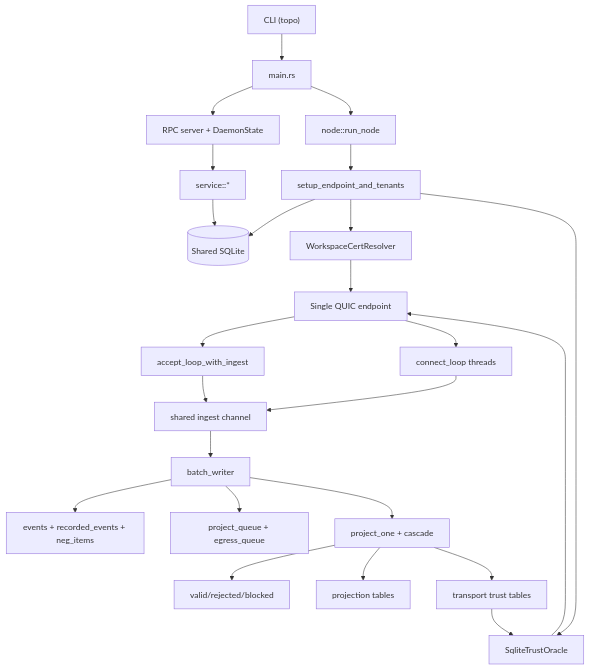
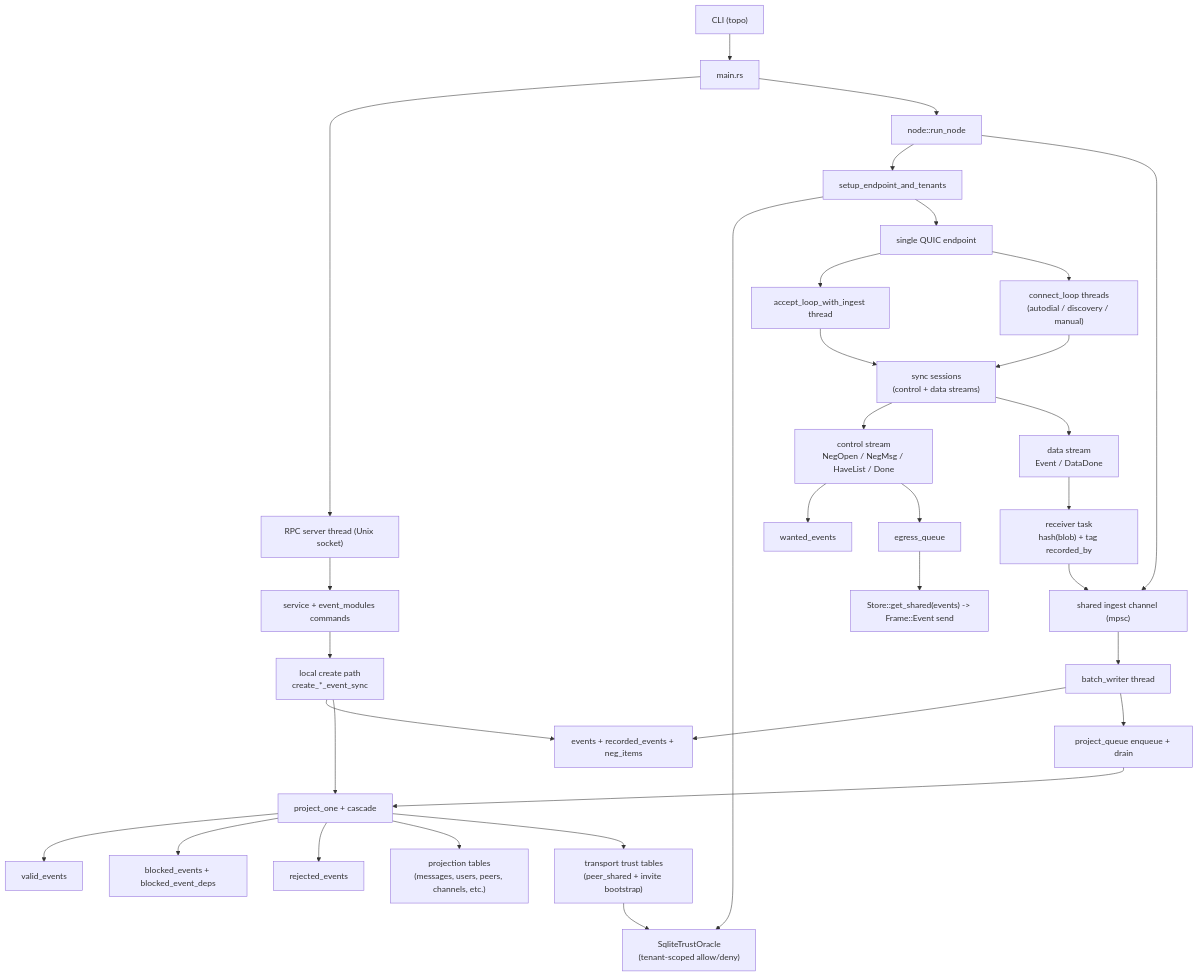
The first of 3 diagrams in docs/CURRENT_RUNTIME_DIAGRAM.md (holmesworcester/topo), drawn with Mermaid before and after one commit. The commit also changed other lines of this file, not shown here.

Commit message:
Update current runtime data-flow diagram

````diff
--- a/docs/CURRENT_RUNTIME_DIAGRAM.md
+++ b/docs/CURRENT_RUNTIME_DIAGRAM.md
@@ -8,31 +18,46 @@
 ```mermaid
 flowchart TD
     CLI["CLI (topo)"] --> MAIN["main.rs"]
-    MAIN --> RPC["RPC server + DaemonState"]
+    MAIN --> RPC["RPC server thread (Unix socket)"]
     MAIN --> NODE["node::run_node"]
 
-    RPC --> SVC["service::*"]
-    SVC --> DB[(Shared SQLite)]
+    RPC --> SVC["service + event_modules commands"]
+    SVC --> LOCAL["local create path\ncreate_*_event_sync"]
+    LOCAL --> DB_BASE["events + recorded_events + neg_items"]
+    LOCAL --> PROJ["project_one + cascade"]
 
     NODE --> START["setup_endpoint_and_tenants"]
-    START --> DB
-    START --> CERT["WorkspaceCertResolver"]
-    START --> TRUST["SqliteTrustOracle"]
-    CERT --> EP["Single QUIC endpoint"]
-    TRUST --> EP
+    START --> TRUST["SqliteTrustOracle\n(tenant-scoped allow/deny)"]
+    START --> EP["single QUIC endpoint"]
 
-    EP --> ACCEPT["accept_loop_with_ingest"]
-    EP --> CONNECT["connect_loop threads"]
-    ACCEPT --> INGEST["shared ingest channel"]
-    CONNECT --> INGEST
-    INGEST --> WRITER["batch_writer"]
+    NODE --> INGEST["shared ingest channel (mpsc)"]
+    INGEST --> WRITER["batch_writer thread"]
 
-    WRITER --> E1["events + recorded_events + neg_items"]
-    WRITER --> E2["project_queue + egress_queue"]
-    WRITER --> PROJ["project_one + cascade"]
+    EP --> ACCEPT["accept_loop_with_ingest thread"]
+    EP --> CONNECT["connect_loop threads\n(autodial / discovery / manual)"]
 
-    PROJ --> P1["valid/rejected/blocked"]
-    PROJ --> P2["projection tables"]
-    PROJ --> P3["transport trust tables"]
-    P3 --> TRUST
+    ACCEPT --> SESS["sync sessions\n(control + data streams)"]
+    CONNECT --> SESS
+
+    SESS --> CTRL["control stream\nNegOpen / NegMsg / HaveList / Done"]
+    SESS --> DATA["data stream\nEvent / DataDone"]
+
+    CTRL --> WANT["wanted_events"]
+    CTRL --> EGRESS["egress_queue"]
+    EGRESS --> SEND["Store::get_shared(events) -> Frame::Event send"]
+
+    DATA --> RECV["receiver task\nhash(blob) + tag recorded_by"]
+    RECV --> INGEST
+
+    WRITER --> DB_BASE
+    WRITER --> PROJ_Q["project_queue enqueue + drain"]
+    PROJ_Q --> PROJ
+
+    PROJ --> VALID["valid_events"]
+    PROJ --> BLOCKED["blocked_events + blocked_event_deps"]
+    PROJ --> REJECTED["rejected_events"]
+    PROJ --> READS["projection tables\n(messages, users, peers, channels, etc.)"]
+    PROJ --> TRUST_DB["transport trust tables\n(peer_shared + invite bootstrap)"]
+
+    TRUST_DB --> TRUST
 ```
````
